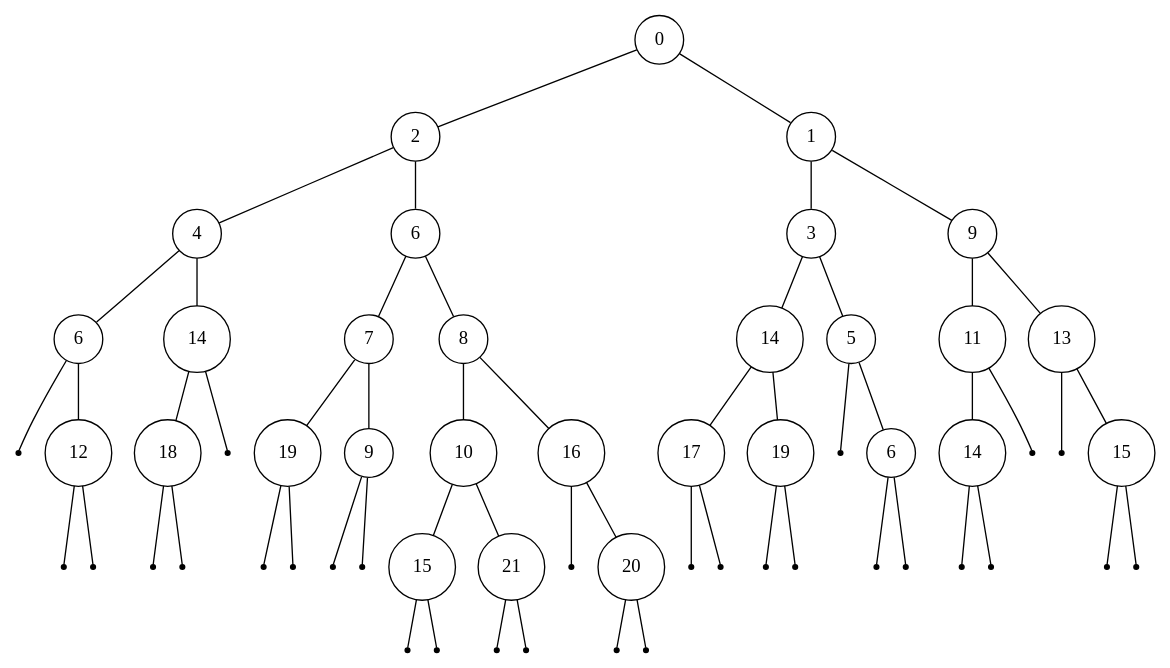
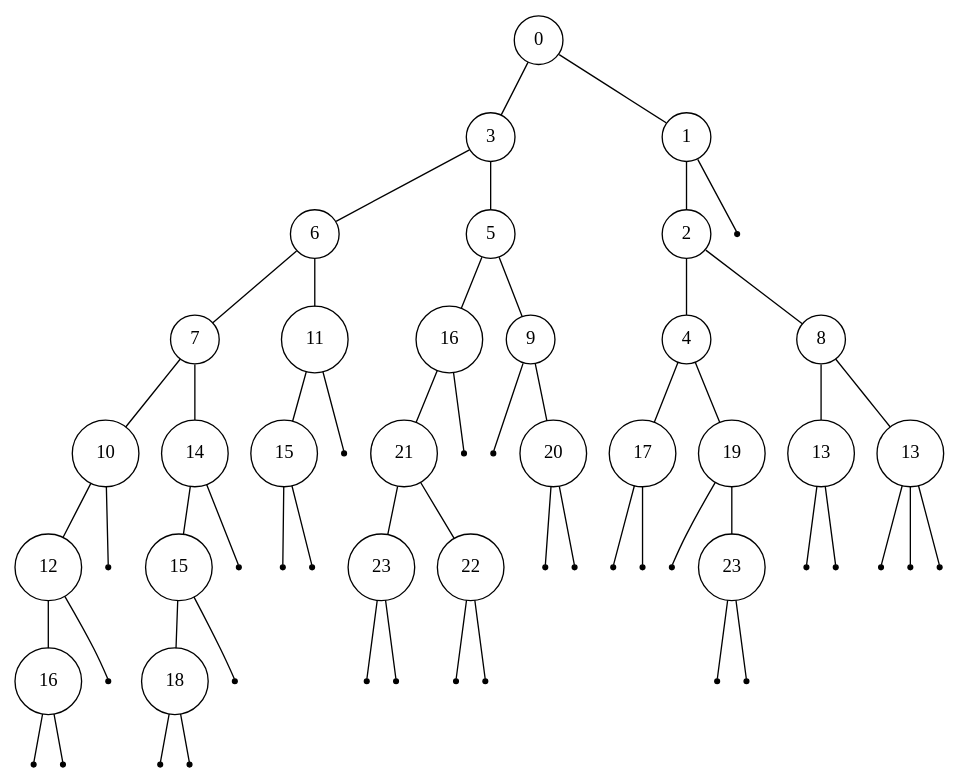
Before and after one commit to Shaolans/Projet_AAGA: the diagram in tree/test10.dot, drawn with Graphviz. The commit also changed 2 other files, not shown here.

```diff
--- a/tree/test10.dot
+++ b/tree/test10.dot
@@ -1,80 +1,88 @@
 digraph {
   edge [arrowhead = none, arrowtail=none];
-treeimplementationSchroderTreeImpla09ee92 [label="0", shape=circle, width=0.1];
-treeimplementationSchroderTreeImpla09ee92 -> treeimplementationSchroderTreeImpl30f39991;
-treeimplementationSchroderTreeImpla09ee92 -> treeimplementationSchroderTreeImpl452b3a41;
-treeimplementationSchroderTreeImpl30f39991 [label="2", shape=circle, width=0.1];
+treeimplementationSchroderTreeImpl5caf905d [label="0", shape=circle, width=0.1];
+treeimplementationSchroderTreeImpl5caf905d -> treeimplementationSchroderTreeImpl27716f4;
+treeimplementationSchroderTreeImpl5caf905d -> treeimplementationSchroderTreeImpl8efb846;
+treeimplementationSchroderTreeImpl27716f4 [label="3", shape=circle, width=0.1];
+treeimplementationSchroderTreeImpl27716f4 -> treeimplementationSchroderTreeImpl2a84aee7;
+treeimplementationSchroderTreeImpl27716f4 -> treeimplementationSchroderTreeImpla09ee92;
+treeimplementationSchroderTreeImpl2a84aee7 [label="6", shape=circle, width=0.1];
+treeimplementationSchroderTreeImpl2a84aee7 -> treeimplementationSchroderTreeImpl30f39991;
+treeimplementationSchroderTreeImpl2a84aee7 -> treeimplementationSchroderTreeImpl452b3a41;
+treeimplementationSchroderTreeImpl30f39991 [label="7", shape=circle, width=0.1];
 treeimplementationSchroderTreeImpl30f39991 -> treeimplementationSchroderTreeImpl4a574795;
 treeimplementationSchroderTreeImpl30f39991 -> treeimplementationSchroderTreeImplf6f4d33;
-treeimplementationSchroderTreeImpl4a574795 [label="4", shape=circle, width=0.1];
+treeimplementationSchroderTreeImpl4a574795 [label="10", shape=circle, width=0.1];
 treeimplementationSchroderTreeImpl4a574795 -> treeimplementationSchroderTreeImpl23fc625e;
 treeimplementationSchroderTreeImpl4a574795 -> treeimplementationSchroderTreeImpl3f99bd52;
-treeimplementationSchroderTreeImpl23fc625e [label="6", shape=circle, width=0.1];
+treeimplementationSchroderTreeImpl23fc625e [label="12", shape=circle, width=0.1];
 treeimplementationSchroderTreeImpl23fc625e -> treeimplementationSchroderTreeImpl4f023edb;
 treeimplementationSchroderTreeImpl23fc625e -> treeimplementationSchroderTreeImpl3a71f4dd;
-treeimplementationSchroderTreeImpl4f023edb [label="", shape=point];
-treeimplementationSchroderTreeImpl3a71f4dd [label="12", shape=circle, width=0.1];
-treeimplementationSchroderTreeImpl3a71f4dd -> treeimplementationSchroderTreeImpl7adf9f5f;
-treeimplementationSchroderTreeImpl3a71f4dd -> treeimplementationSchroderTreeImpl85ede7b;
+treeimplementationSchroderTreeImpl4f023edb [label="16", shape=circle, width=0.1];
+treeimplementationSchroderTreeImpl4f023edb -> treeimplementationSchroderTreeImpl7adf9f5f;
+treeimplementationSchroderTreeImpl4f023edb -> treeimplementationSchroderTreeImpl85ede7b;
 treeimplementationSchroderTreeImpl7adf9f5f [label="", shape=point];
 treeimplementationSchroderTreeImpl85ede7b [label="", shape=point];
-treeimplementationSchroderTreeImpl3f99bd52 [label="14", shape=circle, width=0.1];
-treeimplementationSchroderTreeImpl3f99bd52 -> treeimplementationSchroderTreeImpl5674cd4d;
-treeimplementationSchroderTreeImpl3f99bd52 -> treeimplementationSchroderTreeImpl63961c42;
-treeimplementationSchroderTreeImpl5674cd4d [label="18", shape=circle, width=0.1];
+treeimplementationSchroderTreeImpl3a71f4dd [label="", shape=point];
+treeimplementationSchroderTreeImpl3f99bd52 [label="", shape=point];
+treeimplementationSchroderTreeImplf6f4d33 [label="14", shape=circle, width=0.1];
+treeimplementationSchroderTreeImplf6f4d33 -> treeimplementationSchroderTreeImpl5674cd4d;
+treeimplementationSchroderTreeImplf6f4d33 -> treeimplementationSchroderTreeImpl63961c42;
+treeimplementationSchroderTreeImpl5674cd4d [label="15", shape=circle, width=0.1];
 treeimplementationSchroderTreeImpl5674cd4d -> treeimplementationSchroderTreeImpl65b54208;
 treeimplementationSchroderTreeImpl5674cd4d -> treeimplementationSchroderTreeImpl1be6f5c3;
-treeimplementationSchroderTreeImpl65b54208 [label="", shape=point];
+treeimplementationSchroderTreeImpl65b54208 [label="18", shape=circle, width=0.1];
+treeimplementationSchroderTreeImpl65b54208 -> treeimplementationSchroderTreeImpl6b884d57;
+treeimplementationSchroderTreeImpl65b54208 -> treeimplementationSchroderTreeImpl38af3868;
+treeimplementationSchroderTreeImpl6b884d57 [label="", shape=point];
+treeimplementationSchroderTreeImpl38af3868 [label="", shape=point];
 treeimplementationSchroderTreeImpl1be6f5c3 [label="", shape=point];
 treeimplementationSchroderTreeImpl63961c42 [label="", shape=point];
-treeimplementationSchroderTreeImplf6f4d33 [label="6", shape=circle, width=0.1];
-treeimplementationSchroderTreeImplf6f4d33 -> treeimplementationSchroderTreeImpl6b884d57;
-treeimplementationSchroderTreeImplf6f4d33 -> treeimplementationSchroderTreeImpl38af3868;
-treeimplementationSchroderTreeImpl6b884d57 [label="7", shape=circle, width=0.1];
-treeimplementationSchroderTreeImpl6b884d57 -> treeimplementationSchroderTreeImpl77459877;
-treeimplementationSchroderTreeImpl6b884d57 -> treeimplementationSchroderTreeImpl5b2133b1;
-treeimplementationSchroderTreeImpl77459877 [label="19", shape=circle, width=0.1];
+treeimplementationSchroderTreeImpl452b3a41 [label="11", shape=circle, width=0.1];
+treeimplementationSchroderTreeImpl452b3a41 -> treeimplementationSchroderTreeImpl77459877;
+treeimplementationSchroderTreeImpl452b3a41 -> treeimplementationSchroderTreeImpl5b2133b1;
+treeimplementationSchroderTreeImpl77459877 [label="15", shape=circle, width=0.1];
 treeimplementationSchroderTreeImpl77459877 -> treeimplementationSchroderTreeImpl72ea2f77;
 treeimplementationSchroderTreeImpl77459877 -> treeimplementationSchroderTreeImpl33c7353a;
 treeimplementationSchroderTreeImpl72ea2f77 [label="", shape=point];
 treeimplementationSchroderTreeImpl33c7353a [label="", shape=point];
-treeimplementationSchroderTreeImpl5b2133b1 [label="9", shape=circle, width=0.1];
-treeimplementationSchroderTreeImpl5b2133b1 -> treeimplementationSchroderTreeImpl681a9515;
-treeimplementationSchroderTreeImpl5b2133b1 -> treeimplementationSchroderTreeImpl3af49f1c;
-treeimplementationSchroderTreeImpl681a9515 [label="", shape=point];
-treeimplementationSchroderTreeImpl3af49f1c [label="", shape=point];
-treeimplementationSchroderTreeImpl38af3868 [label="8", shape=circle, width=0.1];
-treeimplementationSchroderTreeImpl38af3868 -> treeimplementationSchroderTreeImpl19469ea2;
-treeimplementationSchroderTreeImpl38af3868 -> treeimplementationSchroderTreeImpl13221655;
-treeimplementationSchroderTreeImpl19469ea2 [label="10", shape=circle, width=0.1];
+treeimplementationSchroderTreeImpl5b2133b1 [label="", shape=point];
+treeimplementationSchroderTreeImpla09ee92 [label="5", shape=circle, width=0.1];
+treeimplementationSchroderTreeImpla09ee92 -> treeimplementationSchroderTreeImpl681a9515;
+treeimplementationSchroderTreeImpla09ee92 -> treeimplementationSchroderTreeImpl3af49f1c;
+treeimplementationSchroderTreeImpl681a9515 [label="16", shape=circle, width=0.1];
+treeimplementationSchroderTreeImpl681a9515 -> treeimplementationSchroderTreeImpl19469ea2;
+treeimplementationSchroderTreeImpl681a9515 -> treeimplementationSchroderTreeImpl13221655;
+treeimplementationSchroderTreeImpl19469ea2 [label="21", shape=circle, width=0.1];
 treeimplementationSchroderTreeImpl19469ea2 -> treeimplementationSchroderTreeImpl2f2c9b19;
 treeimplementationSchroderTreeImpl19469ea2 -> treeimplementationSchroderTreeImpl31befd9f;
-treeimplementationSchroderTreeImpl2f2c9b19 [label="15", shape=circle, width=0.1];
+treeimplementationSchroderTreeImpl2f2c9b19 [label="23", shape=circle, width=0.1];
 treeimplementationSchroderTreeImpl2f2c9b19 -> treeimplementationSchroderTreeImpl1c20c684;
 treeimplementationSchroderTreeImpl2f2c9b19 -> treeimplementationSchroderTreeImpl1fb3ebeb;
 treeimplementationSchroderTreeImpl1c20c684 [label="", shape=point];
 treeimplementationSchroderTreeImpl1fb3ebeb [label="", shape=point];
-treeimplementationSchroderTreeImpl31befd9f [label="21", shape=circle, width=0.1];
+treeimplementationSchroderTreeImpl31befd9f [label="22", shape=circle, width=0.1];
 treeimplementationSchroderTreeImpl31befd9f -> treeimplementationSchroderTreeImpl548c4f57;
 treeimplementationSchroderTreeImpl31befd9f -> treeimplementationSchroderTreeImpl1218025c;
 treeimplementationSchroderTreeImpl548c4f57 [label="", shape=point];
 treeimplementationSchroderTreeImpl1218025c [label="", shape=point];
-treeimplementationSchroderTreeImpl13221655 [label="16", shape=circle, width=0.1];
-treeimplementationSchroderTreeImpl13221655 -> treeimplementationSchroderTreeImpl816f27d;
-treeimplementationSchroderTreeImpl13221655 -> treeimplementationSchroderTreeImpl87aac27;
+treeimplementationSchroderTreeImpl13221655 [label="", shape=point];
+treeimplementationSchroderTreeImpl3af49f1c [label="9", shape=circle, width=0.1];
+treeimplementationSchroderTreeImpl3af49f1c -> treeimplementationSchroderTreeImpl816f27d;
+treeimplementationSchroderTreeImpl3af49f1c -> treeimplementationSchroderTreeImpl87aac27;
 treeimplementationSchroderTreeImpl816f27d [label="", shape=point];
 treeimplementationSchroderTreeImpl87aac27 [label="20", shape=circle, width=0.1];
 treeimplementationSchroderTreeImpl87aac27 -> treeimplementationSchroderTreeImpl3e3abc88;
 treeimplementationSchroderTreeImpl87aac27 -> treeimplementationSchroderTreeImpl6ce253f1;
 treeimplementationSchroderTreeImpl3e3abc88 [label="", shape=point];
 treeimplementationSchroderTreeImpl6ce253f1 [label="", shape=point];
-treeimplementationSchroderTreeImpl452b3a41 [label="1", shape=circle, width=0.1];
-treeimplementationSchroderTreeImpl452b3a41 -> treeimplementationSchroderTreeImpl53d8d10a;
-treeimplementationSchroderTreeImpl452b3a41 -> treeimplementationSchroderTreeImple9e54c2;
-treeimplementationSchroderTreeImpl53d8d10a [label="3", shape=circle, width=0.1];
+treeimplementationSchroderTreeImpl8efb846 [label="1", shape=circle, width=0.1];
+treeimplementationSchroderTreeImpl8efb846 -> treeimplementationSchroderTreeImpl53d8d10a;
+treeimplementationSchroderTreeImpl8efb846 -> treeimplementationSchroderTreeImple9e54c2;
+treeimplementationSchroderTreeImpl53d8d10a [label="2", shape=circle, width=0.1];
 treeimplementationSchroderTreeImpl53d8d10a -> treeimplementationSchroderTreeImpl65ab7765;
 treeimplementationSchroderTreeImpl53d8d10a -> treeimplementationSchroderTreeImpl1b28cdfa;
-treeimplementationSchroderTreeImpl65ab7765 [label="14", shape=circle, width=0.1];
+treeimplementationSchroderTreeImpl65ab7765 [label="4", shape=circle, width=0.1];
 treeimplementationSchroderTreeImpl65ab7765 -> treeimplementationSchroderTreeImpleed1f14;
 treeimplementationSchroderTreeImpl65ab7765 -> treeimplementationSchroderTreeImpl7229724f;
 treeimplementationSchroderTreeImpleed1f14 [label="17", shape=circle, width=0.1];
@@ -86,35 +94,25 @@
 treeimplementationSchroderTreeImpl7229724f -> treeimplementationSchroderTreeImpl776ec8df;
 treeimplementationSchroderTreeImpl7229724f -> treeimplementationSchroderTreeImpl4eec7777;
 treeimplementationSchroderTreeImpl776ec8df [label="", shape=point];
-treeimplementationSchroderTreeImpl4eec7777 [label="", shape=point];
-treeimplementationSchroderTreeImpl1b28cdfa [label="5", shape=circle, width=0.1];
-treeimplementationSchroderTreeImpl1b28cdfa -> treeimplementationSchroderTreeImpl3b07d329;
-treeimplementationSchroderTreeImpl1b28cdfa -> treeimplementationSchroderTreeImpl41629346;
+treeimplementationSchroderTreeImpl4eec7777 [label="23", shape=circle, width=0.1];
+treeimplementationSchroderTreeImpl4eec7777 -> treeimplementationSchroderTreeImpl3b07d329;
+treeimplementationSchroderTreeImpl4eec7777 -> treeimplementationSchroderTreeImpl41629346;
 treeimplementationSchroderTreeImpl3b07d329 [label="", shape=point];
-treeimplementationSchroderTreeImpl41629346 [label="6", shape=circle, width=0.1];
-treeimplementationSchroderTreeImpl41629346 -> treeimplementationSchroderTreeImpl404b9385;
-treeimplementationSchroderTreeImpl41629346 -> treeimplementationSchroderTreeImpl6d311334;
-treeimplementationSchroderTreeImpl404b9385 [label="", shape=point];
-treeimplementationSchroderTreeImpl6d311334 [label="", shape=point];
-treeimplementationSchroderTreeImple9e54c2 [label="9", shape=circle, width=0.1];
-treeimplementationSchroderTreeImple9e54c2 -> treeimplementationSchroderTreeImpl682a0b20;
-treeimplementationSchroderTreeImple9e54c2 -> treeimplementationSchroderTreeImpl3d075dc0;
-treeimplementationSchroderTreeImpl682a0b20 [label="11", shape=circle, width=0.1];
-treeimplementationSchroderTreeImpl682a0b20 -> treeimplementationSchroderTreeImpl214c265e;
-treeimplementationSchroderTreeImpl682a0b20 -> treeimplementationSchroderTreeImpl448139f0;
-treeimplementationSchroderTreeImpl214c265e [label="14", shape=circle, width=0.1];
-treeimplementationSchroderTreeImpl214c265e -> treeimplementationSchroderTreeImpl7cca494b;
-treeimplementationSchroderTreeImpl214c265e -> treeimplementationSchroderTreeImpl7ba4f24f;
+treeimplementationSchroderTreeImpl41629346 [label="", shape=point];
+treeimplementationSchroderTreeImpl1b28cdfa [label="8", shape=circle, width=0.1];
+treeimplementationSchroderTreeImpl1b28cdfa -> treeimplementationSchroderTreeImpl404b9385;
+treeimplementationSchroderTreeImpl1b28cdfa -> treeimplementationSchroderTreeImpl6d311334;
+treeimplementationSchroderTreeImpl404b9385 [label="13", shape=circle, width=0.1];
+treeimplementationSchroderTreeImpl404b9385 -> treeimplementationSchroderTreeImpl682a0b20;
+treeimplementationSchroderTreeImpl404b9385 -> treeimplementationSchroderTreeImpl3d075dc0;
+treeimplementationSchroderTreeImpl682a0b20 [label="", shape=point];
+treeimplementationSchroderTreeImpl3d075dc0 [label="", shape=point];
+treeimplementationSchroderTreeImpl6d311334 [label="13", shape=circle, width=0.1];
+treeimplementationSchroderTreeImpl6d311334 -> treeimplementationSchroderTreeImpl214c265e;
+treeimplementationSchroderTreeImpl6d311334 -> treeimplementationSchroderTreeImpl448139f0;
+treeimplementationSchroderTreeImpl6d311334 -> treeimplementationSchroderTreeImpl7cca494b;
+treeimplementationSchroderTreeImpl214c265e [label="", shape=point];
+treeimplementationSchroderTreeImpl448139f0 [label="", shape=point];
 treeimplementationSchroderTreeImpl7cca494b [label="", shape=point];
-treeimplementationSchroderTreeImpl7ba4f24f [label="", shape=point];
-treeimplementationSchroderTreeImpl448139f0 [label="", shape=point];
-treeimplementationSchroderTreeImpl3d075dc0 [label="13", shape=circle, width=0.1];
-treeimplementationSchroderTreeImpl3d075dc0 -> treeimplementationSchroderTreeImpl3b9a45b3;
-treeimplementationSchroderTreeImpl3d075dc0 -> treeimplementationSchroderTreeImpl7699a589;
-treeimplementationSchroderTreeImpl3b9a45b3 [label="", shape=point];
-treeimplementationSchroderTreeImpl7699a589 [label="15", shape=circle, width=0.1];
-treeimplementationSchroderTreeImpl7699a589 -> treeimplementationSchroderTreeImpl58372a00;
-treeimplementationSchroderTreeImpl7699a589 -> treeimplementationSchroderTreeImpl4dd8dc3;
-treeimplementationSchroderTreeImpl58372a00 [label="", shape=point];
-treeimplementationSchroderTreeImpl4dd8dc3 [label="", shape=point];
+treeimplementationSchroderTreeImple9e54c2 [label="", shape=point];
 }
```
